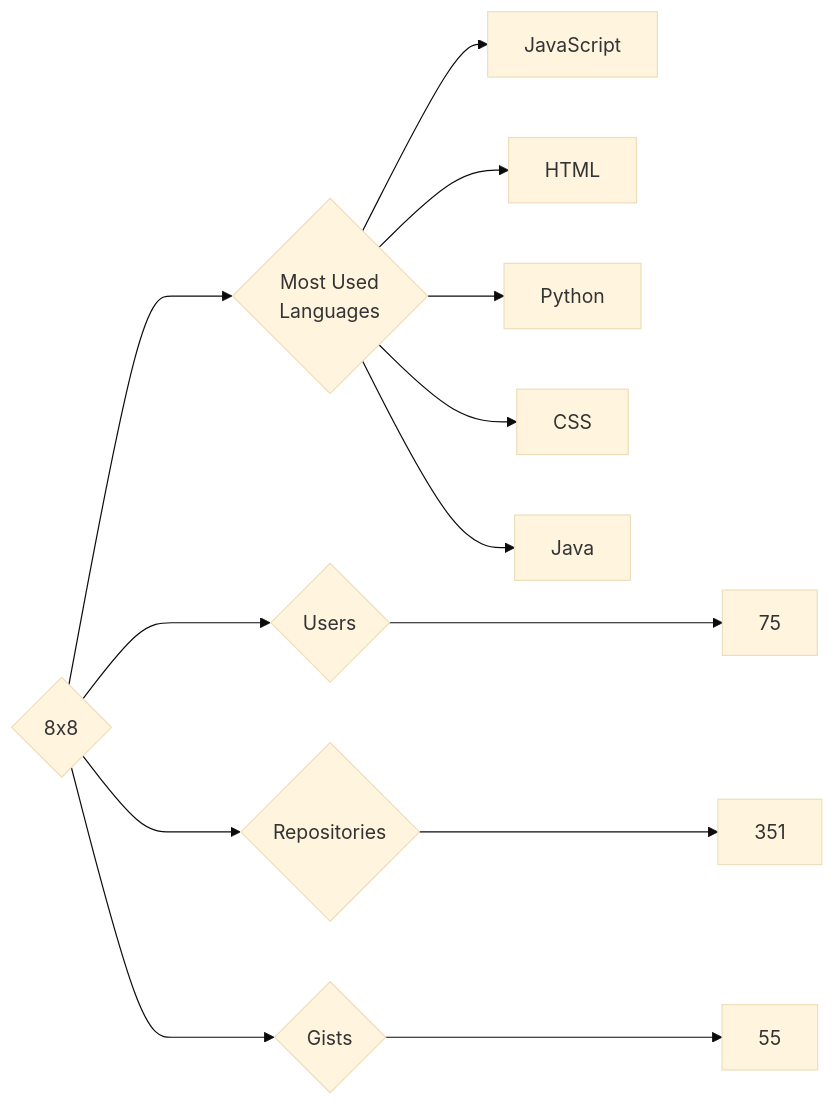
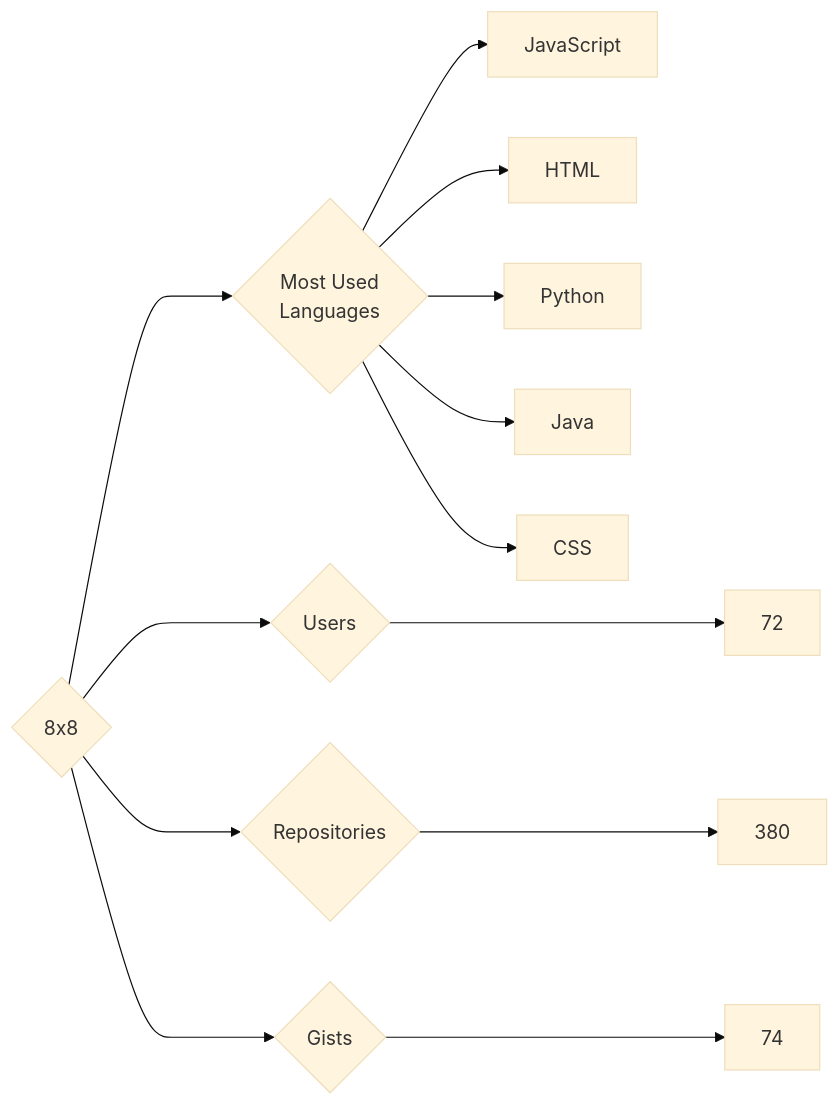
The diagram in targets/8x8/README.md (trickest/insiders), drawn with Mermaid (base theme) before and after one commit. The commit also changed 857 other files, not shown here.

````diff
--- a/targets/8x8/README.md
+++ b/targets/8x8/README.md
@@ -3,13 +3,13 @@
 ```mermaid
 graph LR
 COMPANY_NAME{8x8}
-COMPANY_NAME ---> U{Users} ---> UN[75]
-COMPANY_NAME ---> R{Repositories} ---> RN[351]
-COMPANY_NAME ---> G{Gists} ---> GN[55]
+COMPANY_NAME ---> U{Users} ---> UN[72]
+COMPANY_NAME ---> R{Repositories} ---> RN[380]
+COMPANY_NAME ---> G{Gists} ---> GN[74]
 COMPANY_NAME ---> ML{Most Used<br>Languages}
 ML --> JavaScript[JavaScript]
 ML --> HTML[HTML]
 ML --> Python[Python]
+ML --> Java[Java]
 ML --> CSS[CSS]
-ML --> Java[Java]
 ```
````
